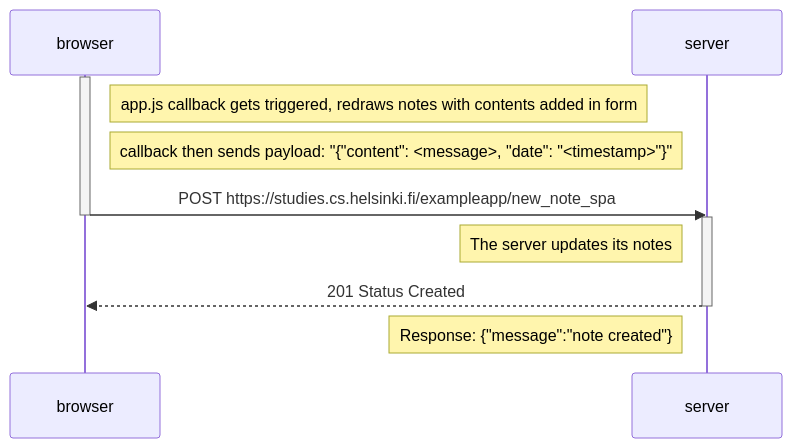
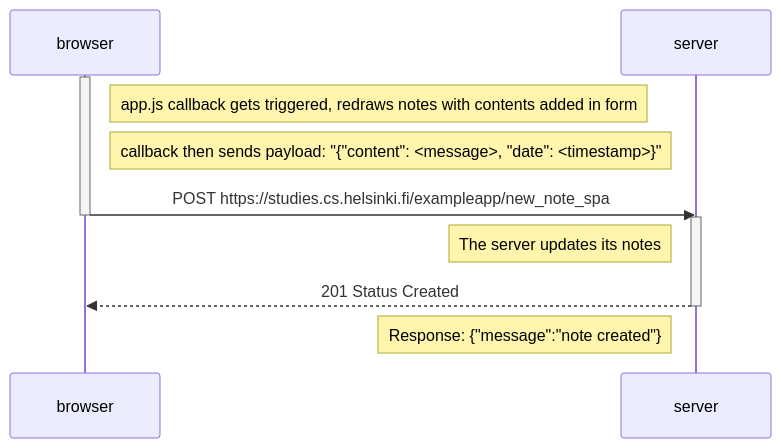
One commit to Markfelixm/fullstackopen changed the diagram in part0/new_note_single_app_diagram.md. Above: the diagram before and after it, drawn with Mermaid.

````diff
--- a/part0/new_note_single_app_diagram.md
+++ b/part0/new_note_single_app_diagram.md
@@ -1,19 +1,19 @@
 ```mermaid
 sequenceDiagram
     participant browser
     participant server
 
 	activate browser
 	Note right of browser: app.js callback gets triggered, redraws notes with contents added in form
-	Note right of browser: callback then sends payload: "{"content": <message>, "date": "<timestamp>"}"
+	Note right of browser: callback then sends payload: "{"content": <message>, "date": <timestamp>}"
     browser->>server: POST https://studies.cs.helsinki.fi/exampleapp/new_note_spa
 	deactivate browser
     activate server
 	Note left of server: The server updates its notes
 
     server-->>browser: 201 Status Created
     deactivate server
 	Note left of server: Response: {"message":"note created"}
 
 
 ```
````
